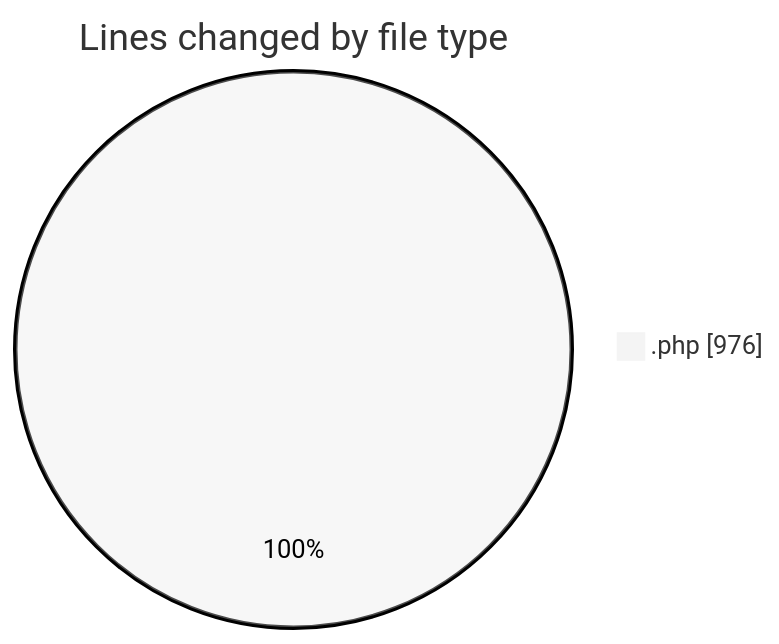
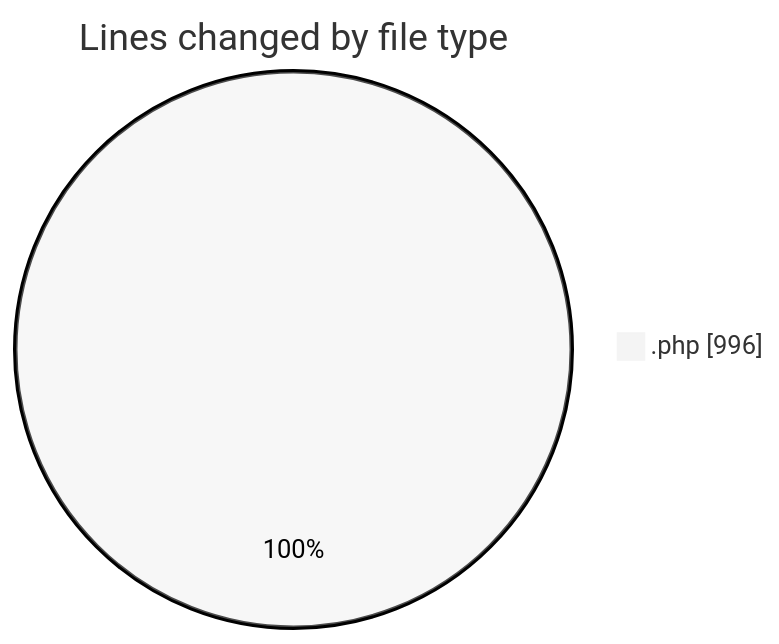
The first of 2 diagrams in 2026-07-30/untitled__workspace_/README.md (debugP/code-tracking), drawn with Mermaid (neutral theme) before and after one commit. The commit also changed other lines of this file and 1 other file, not shown here.

````diff
--- a/2026-07-30/untitled__workspace_/README.md
+++ b/2026-07-30/untitled__workspace_/README.md
@@ -20,5 +20,5 @@
 ```mermaid
 pie showData
 title Lines changed by file type
-".php" : 976
+".php" : 996
 ```
````
